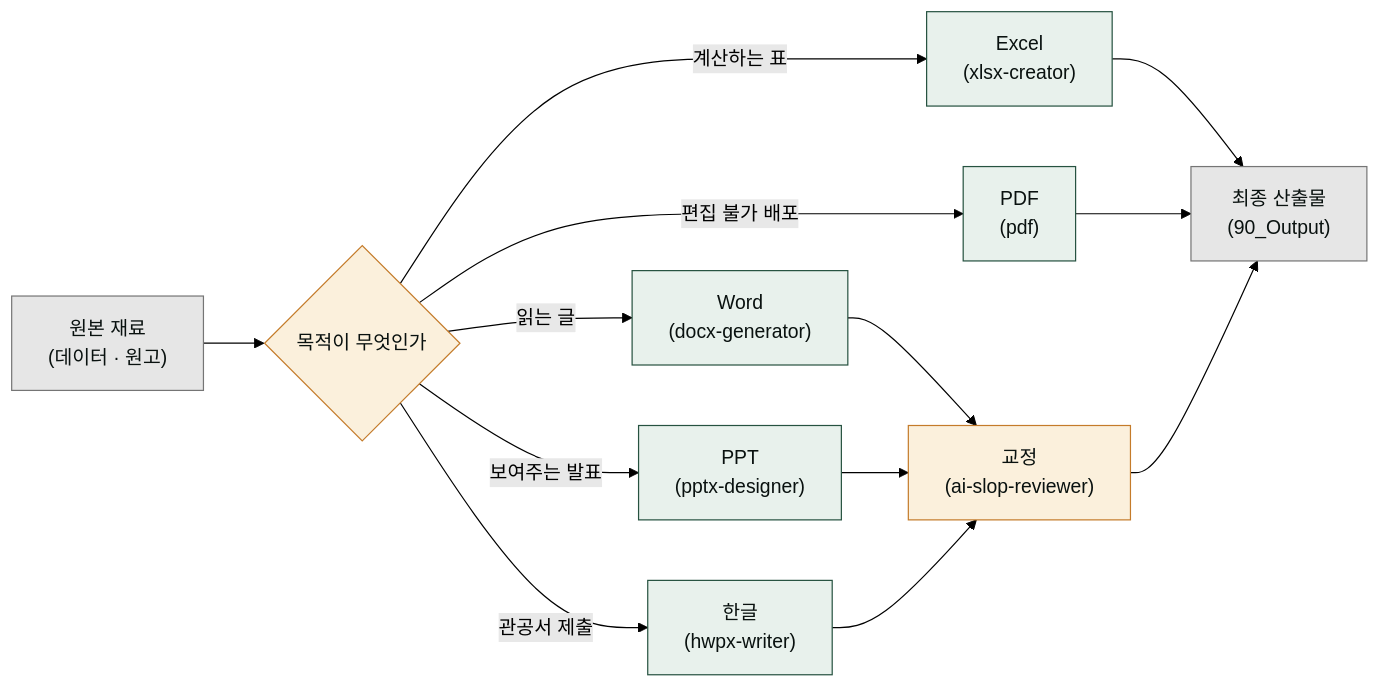
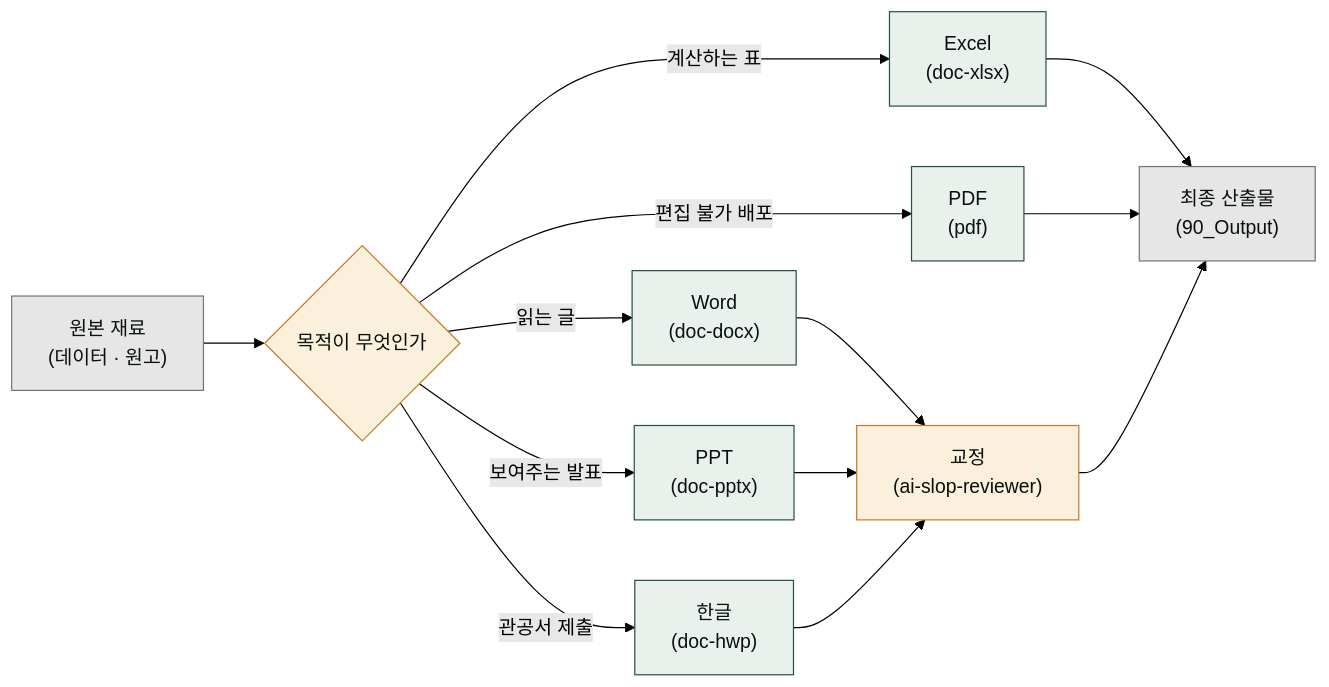
The second of 5 diagrams in www/content/cookbook/tracks/track-documents.md (modu-ai/cowork-plugins), drawn with Mermaid (forest theme) before and after one commit. The commit also changed other lines of this file and 45 other files, not shown here.

First line of the commit message:
docs(www): 스킬명 정합 + 깨진 링크 수정 + mermaid 보강

````diff
--- a/www/content/cookbook/tracks/track-documents.md
+++ b/www/content/cookbook/tracks/track-documents.md
@@ -38,25 +38,25 @@
 ```mermaid
 flowchart LR
    In["원본 재료<br/>(데이터 · 원고)"] --> Pick{"목적이 무엇인가"}
-   Pick -->|읽는 글| W["Word<br/>(docx-generator)"]
-   Pick -->|보여주는 발표| P["PPT<br/>(pptx-designer)"]
-   Pick -->|계산하는 표| X["Excel<br/>(xlsx-creator)"]
-   Pick -->|관공서 제출| H["한글<br/>(hwpx-writer)"]
+   Pick -->|읽는 글| W["Word<br/>(doc-docx)"]
+   Pick -->|보여주는 발표| P["PPT<br/>(doc-pptx)"]
+   Pick -->|계산하는 표| X["Excel<br/>(doc-xlsx)"]
+   Pick -->|관공서 제출| H["한글<br/>(doc-hwp)"]
    Pick -->|편집 불가 배포| F["PDF<br/>(pdf)"]
    W --> Q["교정<br/>(ai-slop-reviewer)"]
    P --> Q
    H --> Q
    X --> Out["최종 산출물<br/>(90_Output)"]
    F --> Out
    Q --> Out
 
    style In fill:#e6e6e6,stroke:#757575,color:#09110f
    style Pick fill:#fbf0dc,stroke:#c47b2a,color:#09110f
    style W fill:#e8f1ec,stroke:#265240,color:#09110f
    style P fill:#e8f1ec,stroke:#265240,color:#09110f
    style X fill:#e8f1ec,stroke:#265240,color:#09110f
    style H fill:#e8f1ec,stroke:#265240,color:#09110f
    style F fill:#e8f1ec,stroke:#265240,color:#09110f
    style Q fill:#fbf0dc,stroke:#c47b2a,color:#09110f
    style Out fill:#e6e6e6,stroke:#757575,color:#09110f
 ```
````
